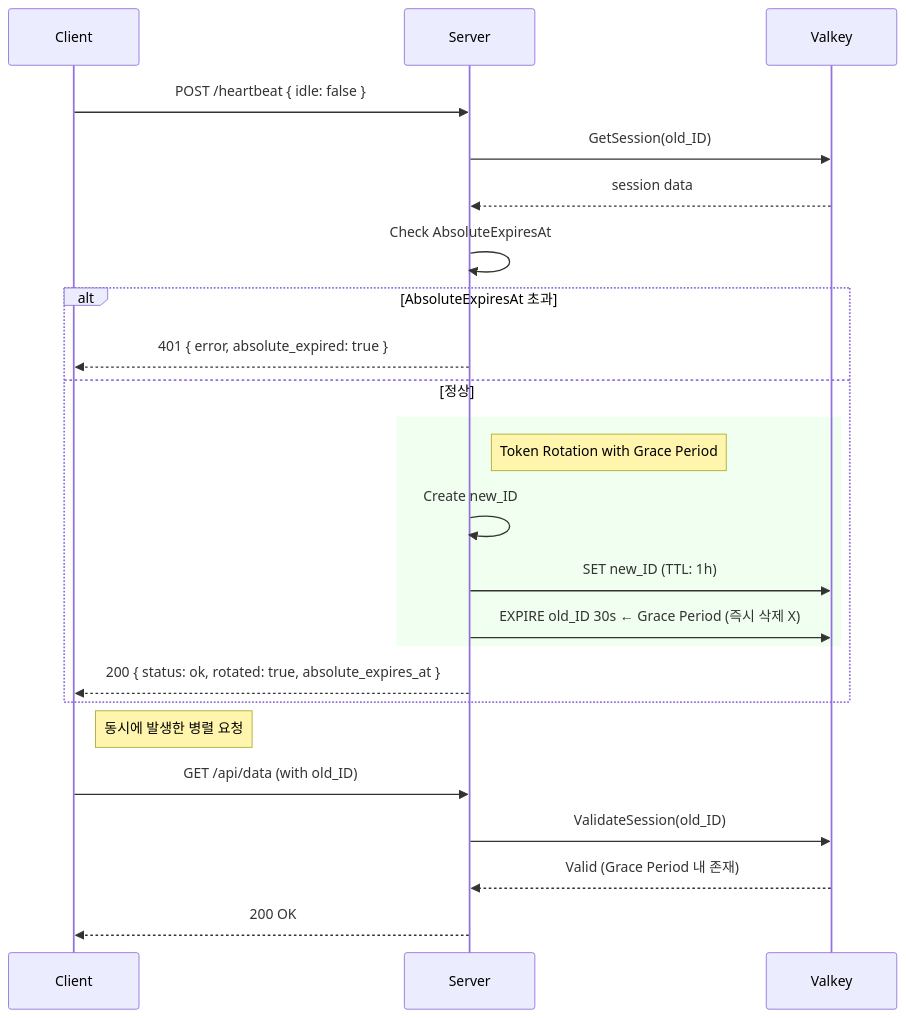
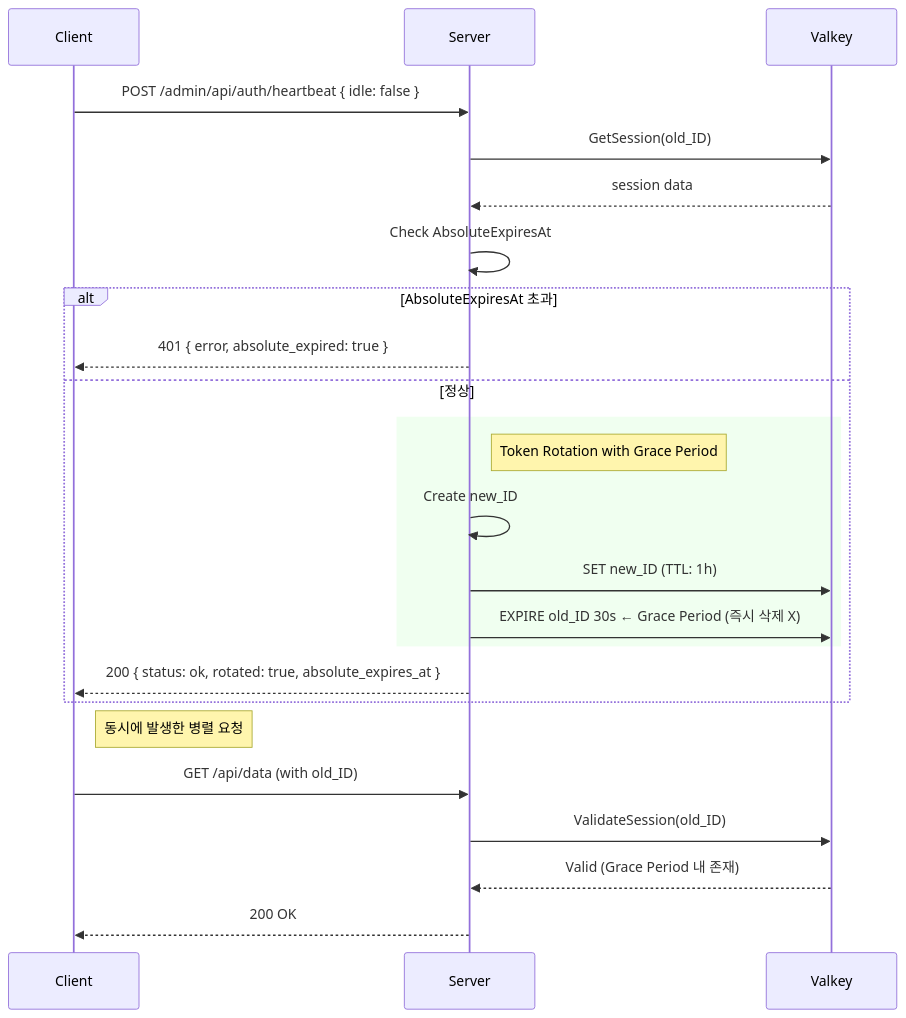
One commit to park285/llm-kakao-bots changed the first of 2 diagrams in hololive-kakao-bot-go/docs/api/session_security.md. Above: the diagram before and after it, drawn with Mermaid. The commit also changed other lines of this file and 263 other files, not shown here.

````diff
--- a/hololive-kakao-bot-go/docs/api/session_security.md
+++ b/hololive-kakao-bot-go/docs/api/session_security.md
@@ -428,29 +427,29 @@
 ```mermaid
 sequenceDiagram
     participant C as Client
     participant S as Server
     participant V as Valkey
 
-    C->>S: POST /heartbeat { idle: false }
+    C->>S: POST /admin/api/auth/heartbeat { idle: false }
     S->>V: GetSession(old_ID)
     V-->>S: session data
     S->>S: Check AbsoluteExpiresAt
     
     alt AbsoluteExpiresAt 초과
         S-->>C: 401 { error, absolute_expired: true }
     else 정상
         rect rgb(240, 255, 240)
         note right of S: Token Rotation with Grace Period
         S->>S: Create new_ID
         S->>V: SET new_ID (TTL: 1h)
         S->>V: EXPIRE old_ID 30s  ← Grace Period (즉시 삭제 X)
         end
         S-->>C: 200 { status: ok, rotated: true, absolute_expires_at }
     end
     
     note right of C: 동시에 발생한 병렬 요청
     C->>S: GET /api/data (with old_ID)
     S->>V: ValidateSession(old_ID)
     V-->>S: Valid (Grace Period 내 존재)
     S-->>C: 200 OK
 ```
````
